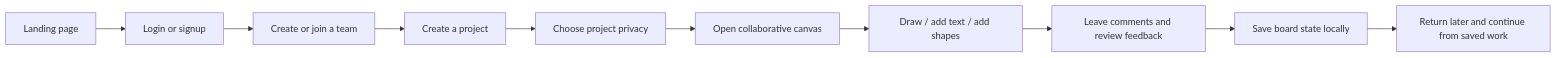
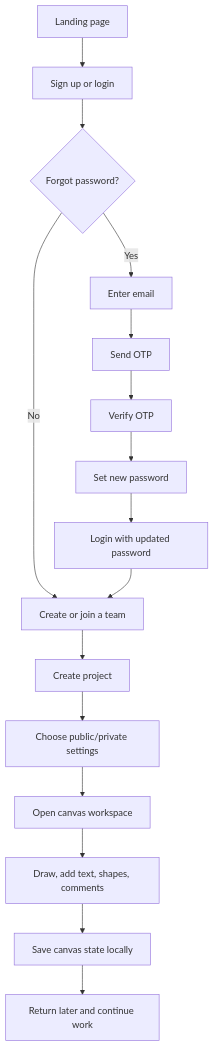
Before and after one commit to nandini11130/DesignSpace: the diagram in README.md, drawn with Mermaid. The commit also changed other lines of this file, not shown here.

````diff
--- a/README.md
+++ b/README.md
@@ -38,12 +40,18 @@
 ```mermaid
-flowchart LR
-    A[Landing page] --> B[Login or signup]
-    B --> C[Create or join a team]
-    C --> D[Create a project]
-    D --> E[Choose project privacy]
-    E --> F[Open collaborative canvas]
-    F --> G[Draw / add text / add shapes]
-    G --> H[Leave comments and review feedback]
-    H --> I[Save board state locally]
-    I --> J[Return later and continue from saved work]
+flowchart TD
+    A[Landing page] --> B[Sign up or login]
+    B --> C{Forgot password?}
+    C -->|No| D[Create or join a team]
+    C -->|Yes| E[Enter email]
+    E --> F[Send OTP]
+    F --> G[Verify OTP]
+    G --> H[Set new password]
+    H --> I[Login with updated password]
+    I --> D
+    D --> J[Create project]
+    J --> K[Choose public/private settings]
+    K --> L[Open canvas workspace]
+    L --> M[Draw, add text, shapes, comments]
+    M --> N[Save canvas state locally]
+    N --> O[Return later and continue work]
 ```
````
